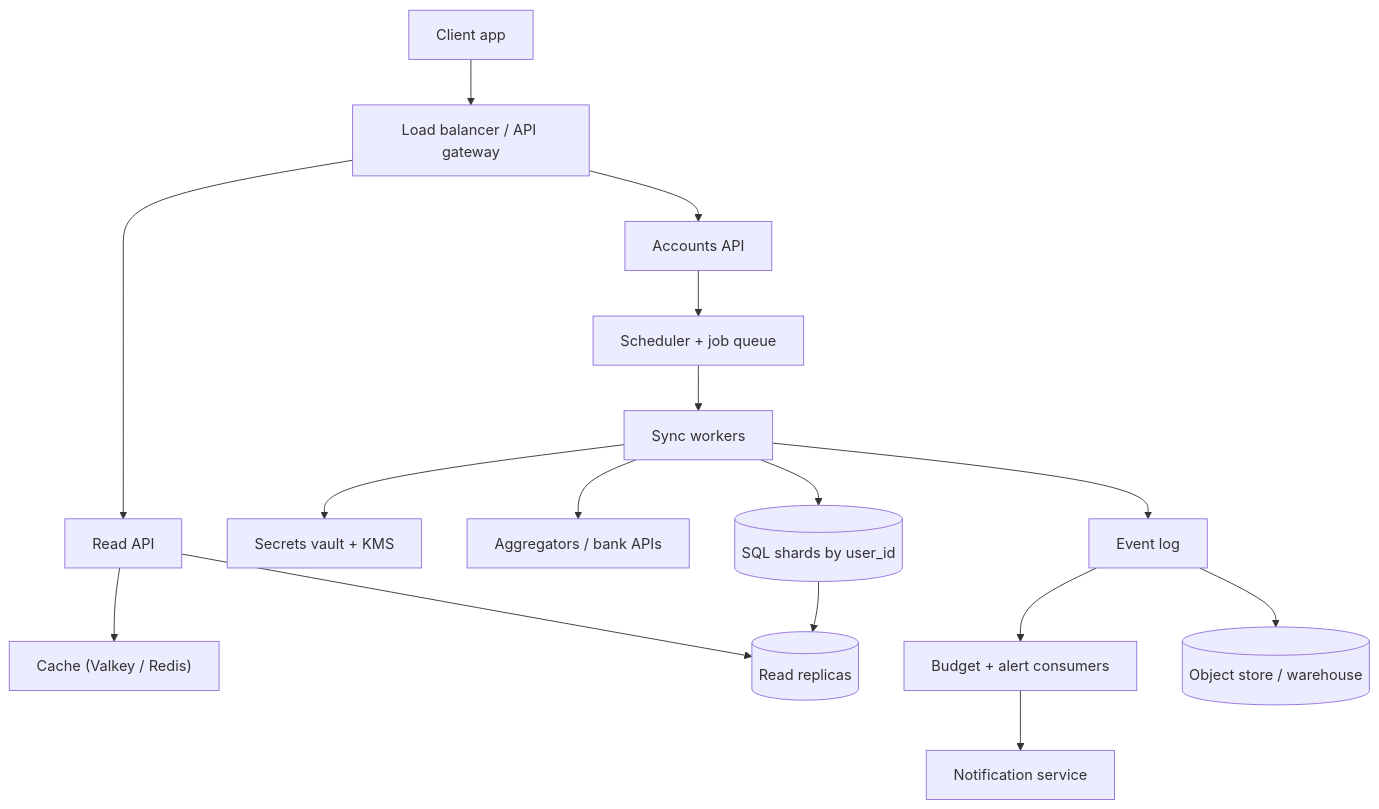
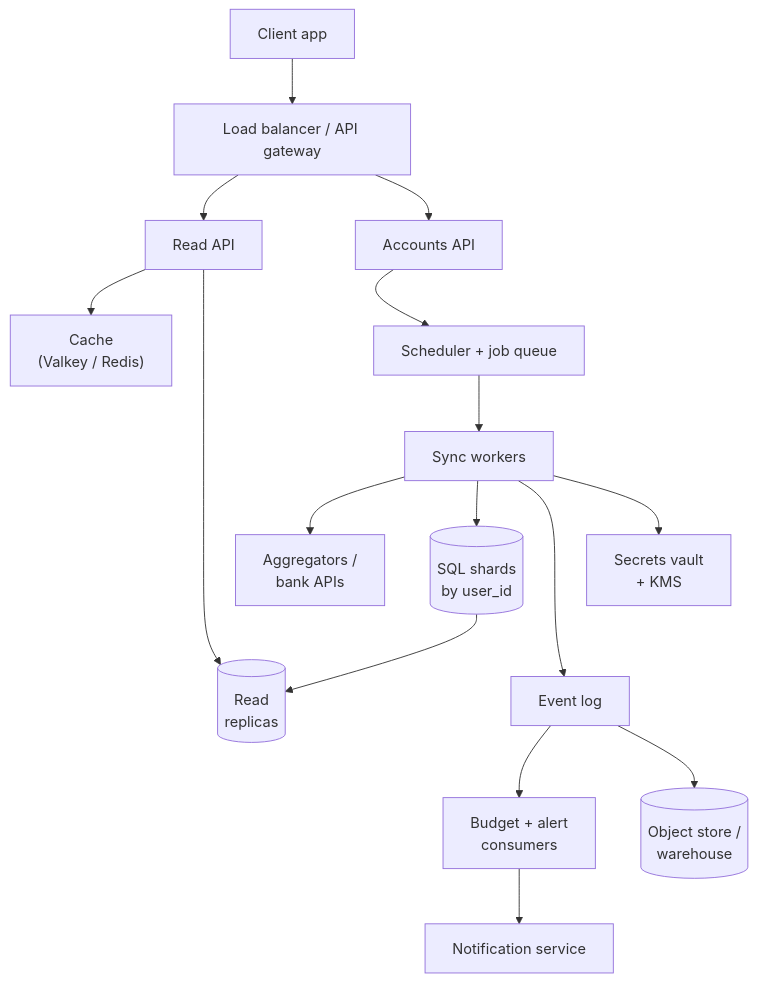
Before and after one commit to butyavk/system-design: the third of 3 diagrams in src/content/docs/practice/personal-finance-mint.mdx, drawn with Mermaid. The commit also changed other lines of this file and 144 other files, not shown here.

````diff
--- a/src/content/docs/practice/personal-finance-mint.mdx
+++ b/src/content/docs/practice/personal-finance-mint.mdx
@@ -332,18 +330,20 @@
 ```mermaid
-flowchart TD
+flowchart TB
   client["Client app"] --> lb["Load balancer / API gateway"]
   lb --> read["Read API"]
   lb --> accounts["Accounts API"]
-  read --> cache["Cache (Valkey / Redis)"]
-  read --> replicas[("Read replicas")]
+  read --> cache["Cache<br/>(Valkey / Redis)"]
+  read --> replicas[("Read<br/>replicas")]
   accounts --> sched["Scheduler + job queue"]
   sched --> sync["Sync workers"]
-  sync --> vault["Secrets vault + KMS"]
-  sync --> provider["Aggregators / bank APIs"]
-  sync --> shards[("SQL shards by user_id")]
+  sync --> vault["Secrets vault<br/>+ KMS"]
+  sync --> provider["Aggregators /<br/>bank APIs"]
+  sync --> shards[("SQL shards<br/>by user_id")]
   shards --> replicas
   sync --> log["Event log"]
-  log --> budget["Budget + alert consumers"]
-  log --> lake[("Object store / warehouse")]
+  log --> budget["Budget + alert<br/>consumers"]
+  log --> lake[("Object store /<br/>warehouse")]
   budget --> notify["Notification service"]
+  read ~~~ sched
+  vault ~~~ log
 ```
````
